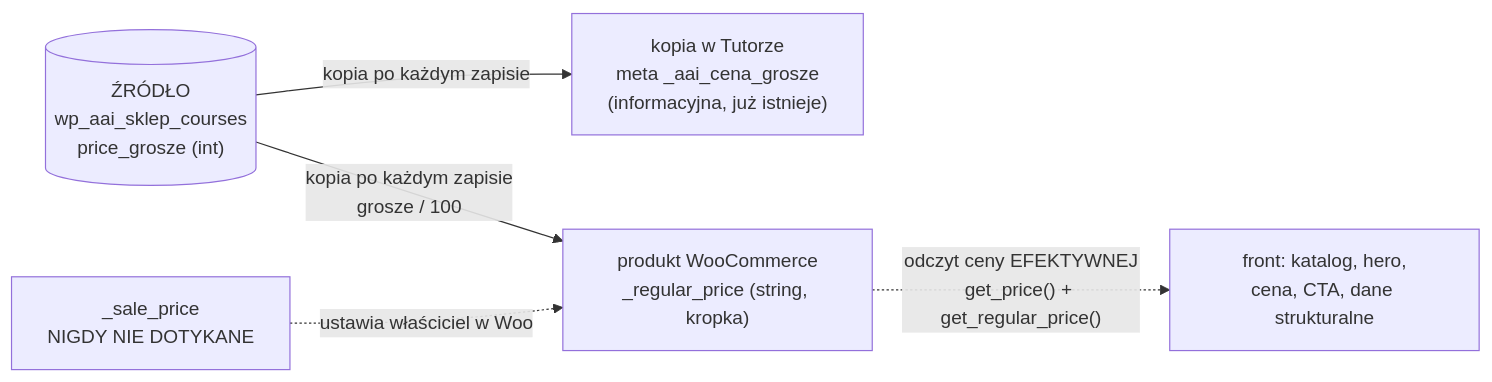
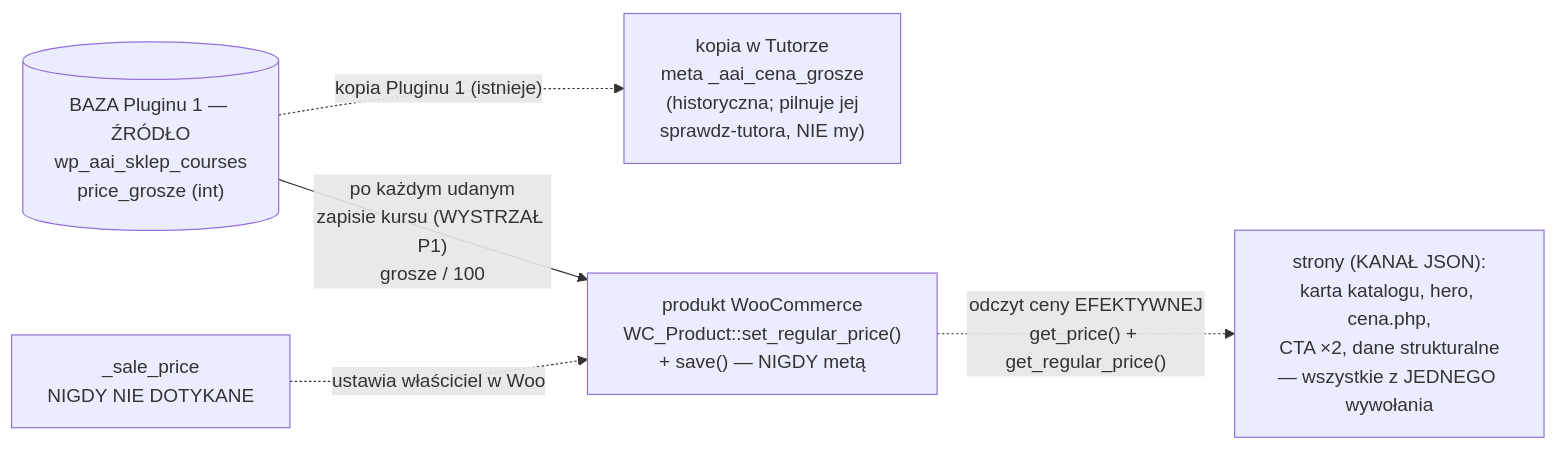
One commit to krzysiek2115op/aai-platforma-szkolen changed the third of 4 diagrams in docs/plugin-2/DIAGRAM.md. Above: the diagram before and after it, drawn with Mermaid. The commit also changed other lines of this file, not shown here.

First line of the commit message:
Schemat Pluginu 2 mówi jednym głosem po wprowadzeniu całej krytyki

````diff
--- a/docs/plugin-2/DIAGRAM.md
+++ b/docs/plugin-2/DIAGRAM.md
@@ -114,13 +288,13 @@
 ```mermaid
 flowchart LR
-    ZR[("ŹRÓDŁO<br/>wp_aai_sklep_courses<br/>price_grosze (int)")]
-    TU["kopia w Tutorze<br/>meta _aai_cena_grosze<br/>(informacyjna, już istnieje)"]
-    WO["produkt WooCommerce<br/>_regular_price (string, kropka)"]
+    ZR[("BAZA Pluginu 1 — ŹRÓDŁO<br/>wp_aai_sklep_courses<br/>price_grosze (int)")]
+    TU["kopia w Tutorze<br/>meta _aai_cena_grosze<br/>(historyczna; pilnuje jej<br/>sprawdz-tutora, NIE my)"]
+    WO["produkt WooCommerce<br/>WC_Product::set_regular_price()<br/>+ save() — NIGDY metą"]
     SA["_sale_price<br/>NIGDY NIE DOTYKANE"]
-    FR["front: katalog, hero,<br/>cena, CTA, dane strukturalne"]
+    FR["strony (KANAŁ JSON):<br/>karta katalogu, hero, cena.php,<br/>CTA ×2, dane strukturalne<br/>— wszystkie z JEDNEGO wywołania"]
 
-    ZR -->|"kopia po każdym zapisie"| TU
-    ZR -->|"kopia po każdym zapisie<br/>grosze / 100"| WO
+    ZR -->|"po każdym udanym<br/>zapisie kursu (WYSTRZAŁ P1)<br/>grosze / 100"| WO
+    ZR -.->|"kopia Pluginu 1 (istnieje)"| TU
     WO -.->|"odczyt ceny EFEKTYWNEJ<br/>get_price() + get_regular_price()"| FR
     SA -.->|"ustawia właściciel w Woo"| WO
 ```
````
